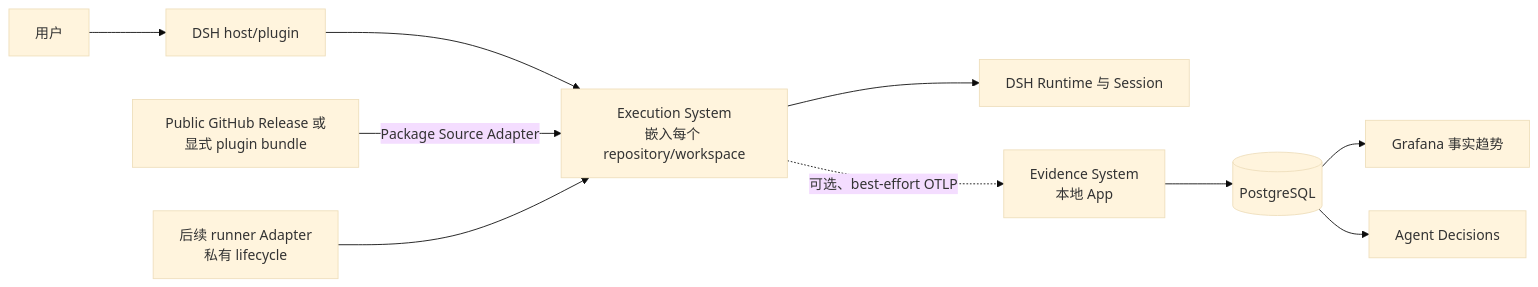
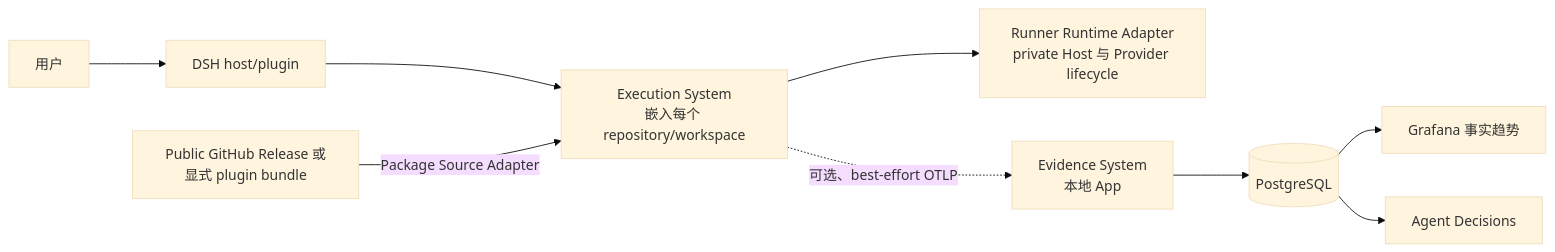
One commit to firestige/workflow-self-recursive changed the diagram in docs/agent-architecture.zh-CN.md. Above: the diagram before and after it, drawn with Mermaid (base theme). The commit also changed other lines of this file and 18 other files, not shown here.

````diff
--- a/docs/agent-architecture.zh-CN.md
+++ b/docs/agent-architecture.zh-CN.md
@@ -44,12 +44,11 @@
 ```mermaid
 flowchart LR
     U["用户"] --> H["DSH host/plugin"]
     H --> X["Execution System<br/>嵌入每个 repository/workspace"]
     S["Public GitHub Release 或显式 plugin bundle"] -->|"Package Source Adapter"| X
-    X --> R["DSH Runtime 与 Session"]
+    X --> R["Runner Runtime Adapter<br/>private Host 与 Provider lifecycle"]
     X -. "可选、best-effort OTLP" .-> E["Evidence System<br/>本地 App"]
     E --> P[("PostgreSQL")]
     P --> G["Grafana 事实趋势"]
     P --> A["Agent Decisions"]
-    F["后续 runner Adapter<br/>私有 lifecycle"] --> X
 ```
````
